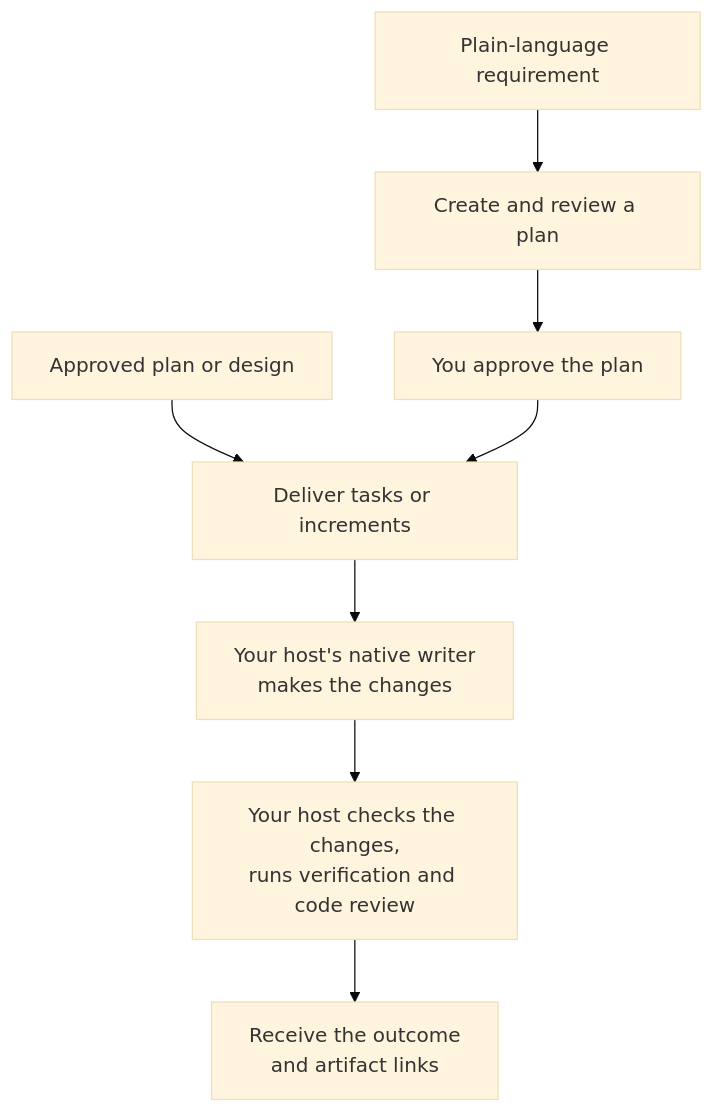
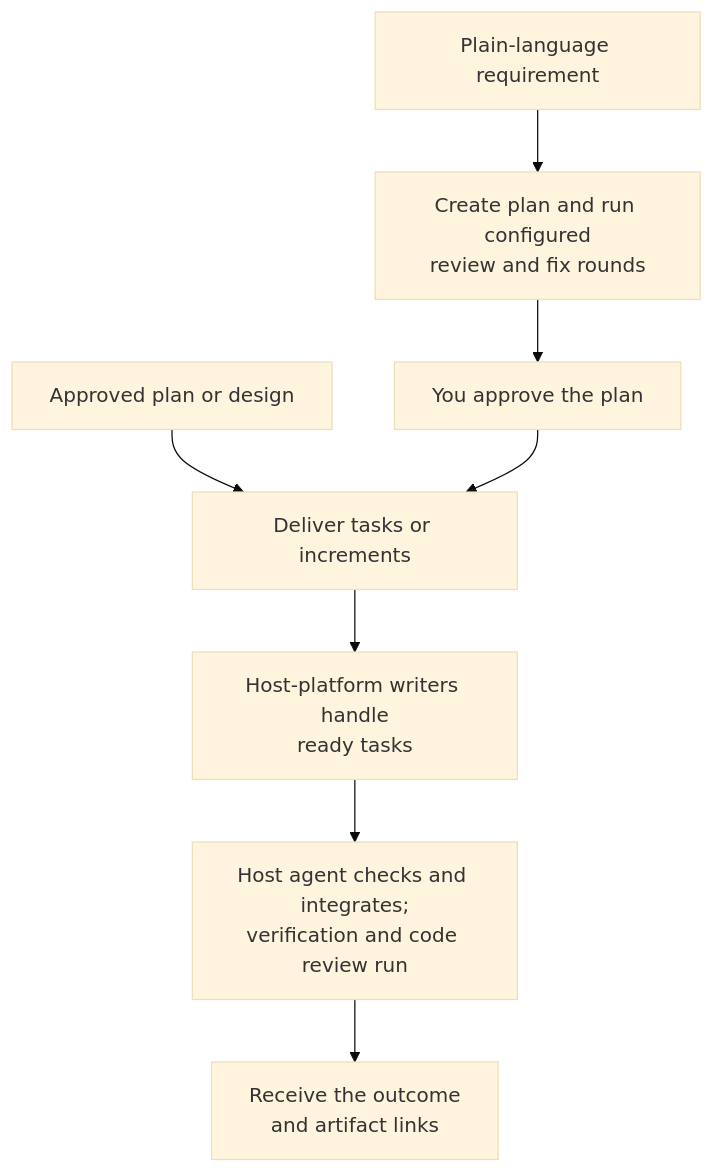
One commit to Gyunikuchan/dispatch-skills changed the diagram in skills/dispatch/references/readme/implement.md. Above: the diagram before and after it, drawn with Mermaid (base theme). The commit also changed other lines of this file and 15 other files, not shown here.

````diff
--- a/skills/dispatch/references/readme/implement.md
+++ b/skills/dispatch/references/readme/implement.md
@@ -11,10 +13,10 @@
 ```mermaid
 flowchart TD
-    Requirement["Plain-language requirement"] --> Plan["Create and review a plan"]
+    Requirement["Plain-language requirement"] --> Plan["Create plan and run configured<br/>review and fix rounds"]
     Plan --> Approval["You approve the plan"]
     Artifact["Approved plan or design"] --> Delivery["Deliver tasks or increments"]
     Approval --> Delivery
-    Delivery --> Writer["Your host's native writer<br/>makes the changes"]
-    Writer --> Check["Your host checks the changes,<br/>runs verification and code review"]
+    Delivery --> Writer["Host-platform writers handle<br/>ready tasks"]
+    Writer --> Check["Host agent checks and integrates;<br/>verification and code review run"]
     Check --> Handoff["Receive the outcome<br/>and artifact links"]
 ```
````
